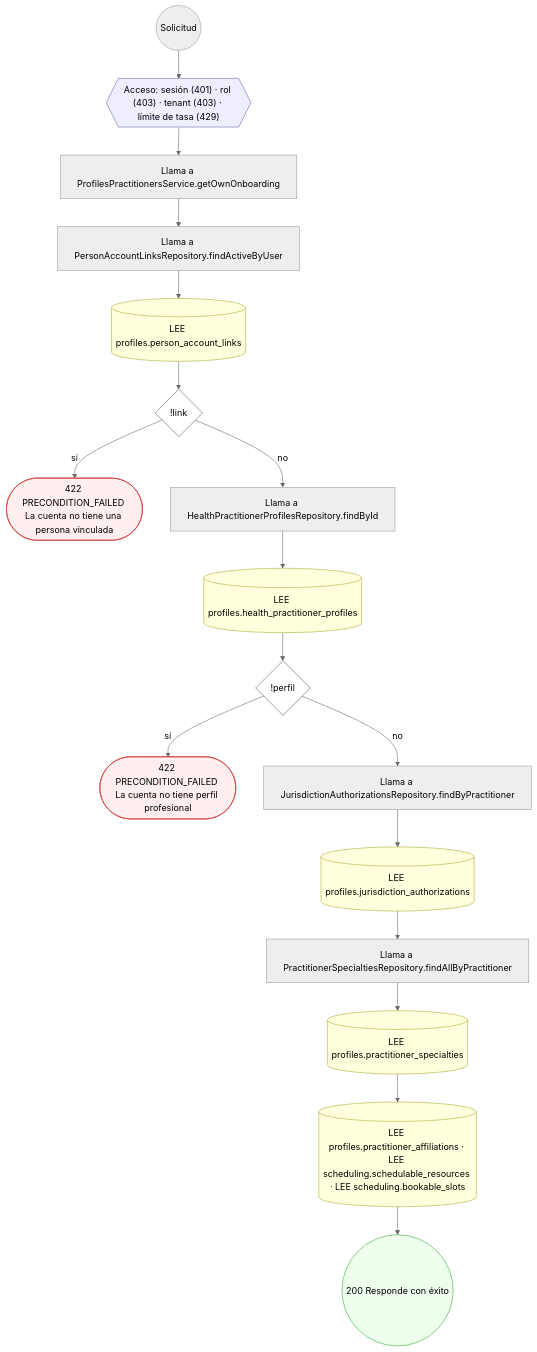
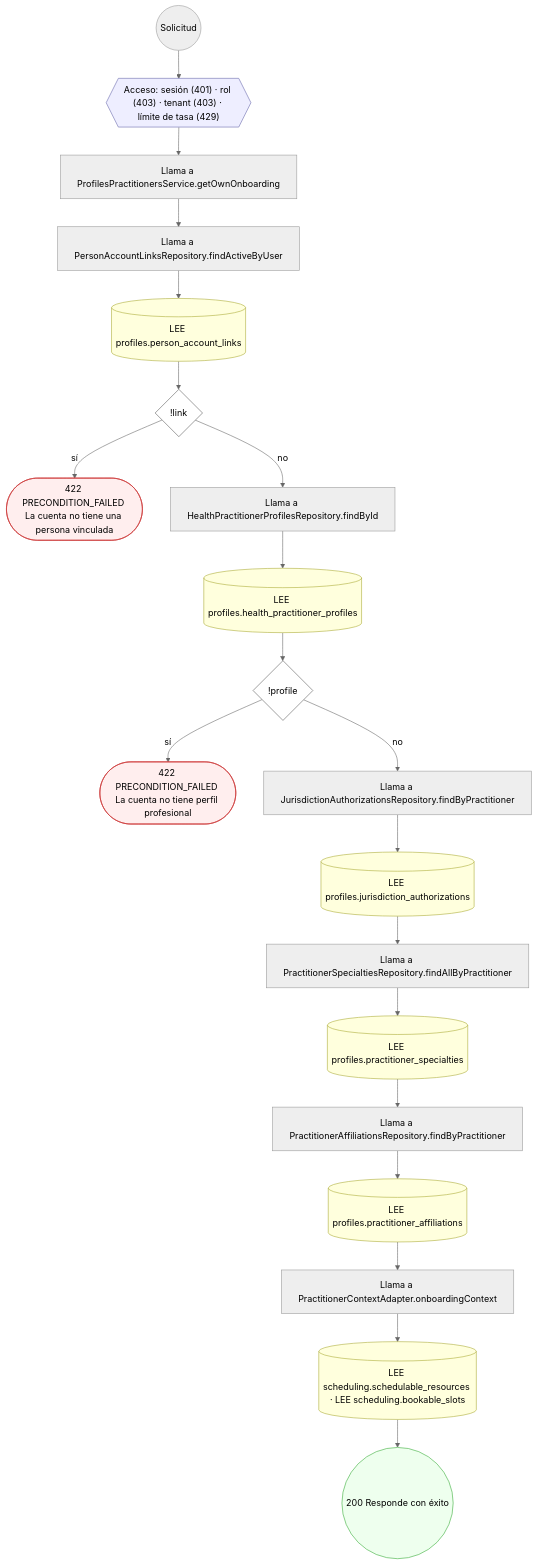
Diagram 45 of 55 in docs/inventario/flujos/profiles.md (mdavila-2001/mantra-core-health-api), drawn with Mermaid (neutral theme) before and after one commit. The commit also changed other lines of this file and 451 other files, not shown here.

````diff
--- a/docs/inventario/flujos/profiles.md
+++ b/docs/inventario/flujos/profiles.md
@@ -2941,42 +4421,48 @@
 ```mermaid
 flowchart TD
   n1(("Solicitud")):::inicio
   n2{{"Acceso: sesión (401) · rol (403) · tenant (403) · límite de tasa (429)"}}:::acceso
   n1 --> n2
   n3["Llama a ProfilesPractitionersService.getOwnOnboarding"]:::llamada
   n2 --> n3
   n4["Llama a PersonAccountLinksRepository.findActiveByUser"]:::llamada
   n3 --> n4
   n5[("LEE profiles.person_account_links")]:::efecto
   n4 --> n5
   n6{"!link"}:::decision
   n5 --> n6
   n7(["422 PRECONDITION_FAILED La cuenta no tiene una persona vinculada"]):::error
   n6 -->|"sí"| n7
   n8["Llama a HealthPractitionerProfilesRepository.findById"]:::llamada
   n6 -->|"no"| n8
   n9[("LEE profiles.health_practitioner_profiles")]:::efecto
   n8 --> n9
-  n10{"!perfil"}:::decision
+  n10{"!profile"}:::decision
   n9 --> n10
   n11(["422 PRECONDITION_FAILED La cuenta no tiene perfil profesional"]):::error
   n10 -->|"sí"| n11
   n12["Llama a JurisdictionAuthorizationsRepository.findByPractitioner"]:::llamada
   n10 -->|"no"| n12
   n13[("LEE profiles.jurisdiction_authorizations")]:::efecto
   n12 --> n13
   n14["Llama a PractitionerSpecialtiesRepository.findAllByPractitioner"]:::llamada
   n13 --> n14
   n15[("LEE profiles.practitioner_specialties")]:::efecto
   n14 --> n15
-  n16[("LEE profiles.practitioner_affiliations · LEE scheduling.schedulable_resources · LEE scheduling.bookable_slots")]:::efecto
+  n16["Llama a PractitionerAffiliationsRepository.findByPractitioner"]:::llamada
   n15 --> n16
-  n17(("200 Responde con éxito")):::ok
+  n17[("LEE profiles.practitioner_affiliations")]:::efecto
   n16 --> n17
+  n18["Llama a PractitionerContextAdapter.onboardingContext"]:::llamada
+  n17 --> n18
+  n19[("LEE scheduling.schedulable_resources · LEE scheduling.bookable_slots")]:::efecto
+  n18 --> n19
+  n20(("200 Responde con éxito")):::ok
+  n19 --> n20
   classDef acceso fill:#eef,stroke:#66a
   classDef error fill:#fee,stroke:#c33
   classDef ok fill:#efe,stroke:#3a3
   classDef efecto fill:#ffd,stroke:#aa3
   classDef decision fill:#fff,stroke:#555
   classDef corte fill:#eee,stroke:#999,stroke-dasharray: 4
 ```
````
